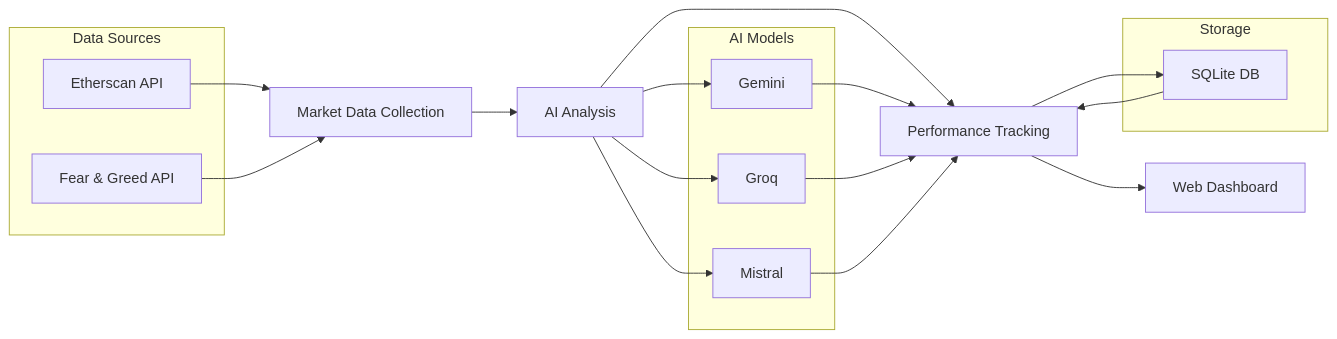
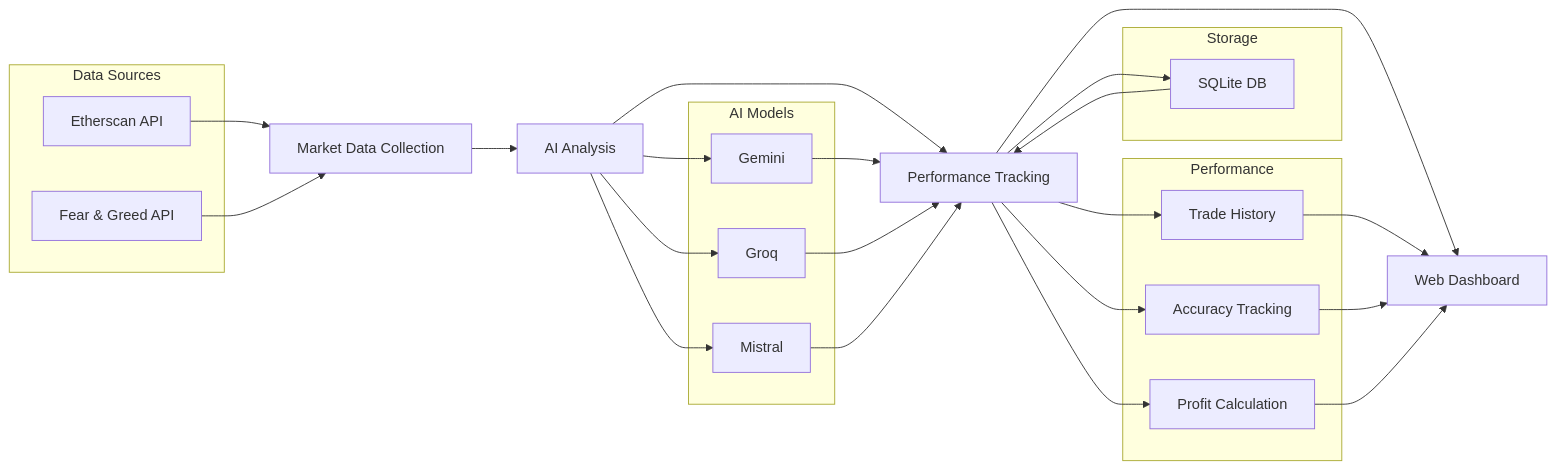
Before and after one commit to Qbandev/stbchef: the diagram in README.md, drawn with Mermaid. The commit also changed other lines of this file and 7 other files, not shown here.

````diff
--- a/README.md
+++ b/README.md
@@ -88,28 +128,36 @@
 ```mermaid
 graph LR
     A[Market Data Collection] --> B[AI Analysis]
     B --> C[Performance Tracking]
     C --> D[Web Dashboard]
     
     subgraph Data Sources
         E[Etherscan API]
         F[Fear & Greed API]
     end
     
     subgraph AI Models
         G[Gemini]
         H[Groq]
         I[Mistral]
     end
     
     subgraph Storage
         J[SQLite DB]
     end
     
+    subgraph Performance
+        K[Trade History]
+        L[Accuracy Tracking]
+        M[Profit Calculation]
+    end
+    
     E --> A
     F --> A
     B --> G & H & I
     G & H & I --> C
     J --> C
     C --> J
+    C --> K & L & M
+    K & L & M --> D
 ```
````
